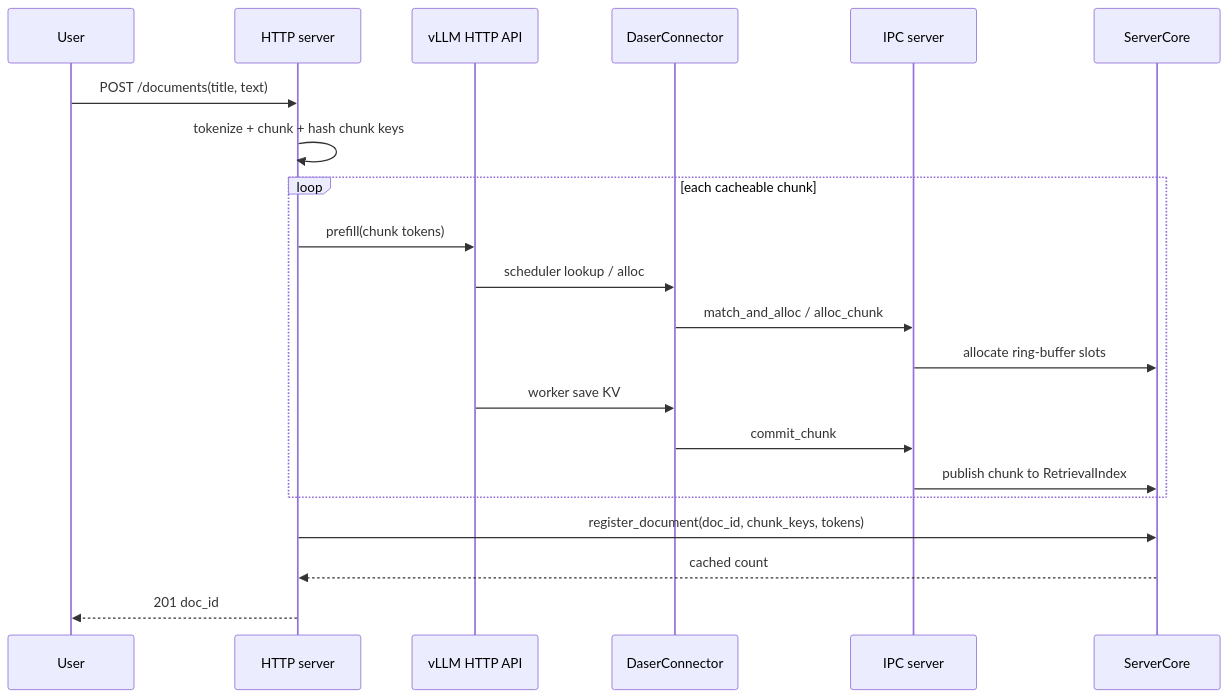
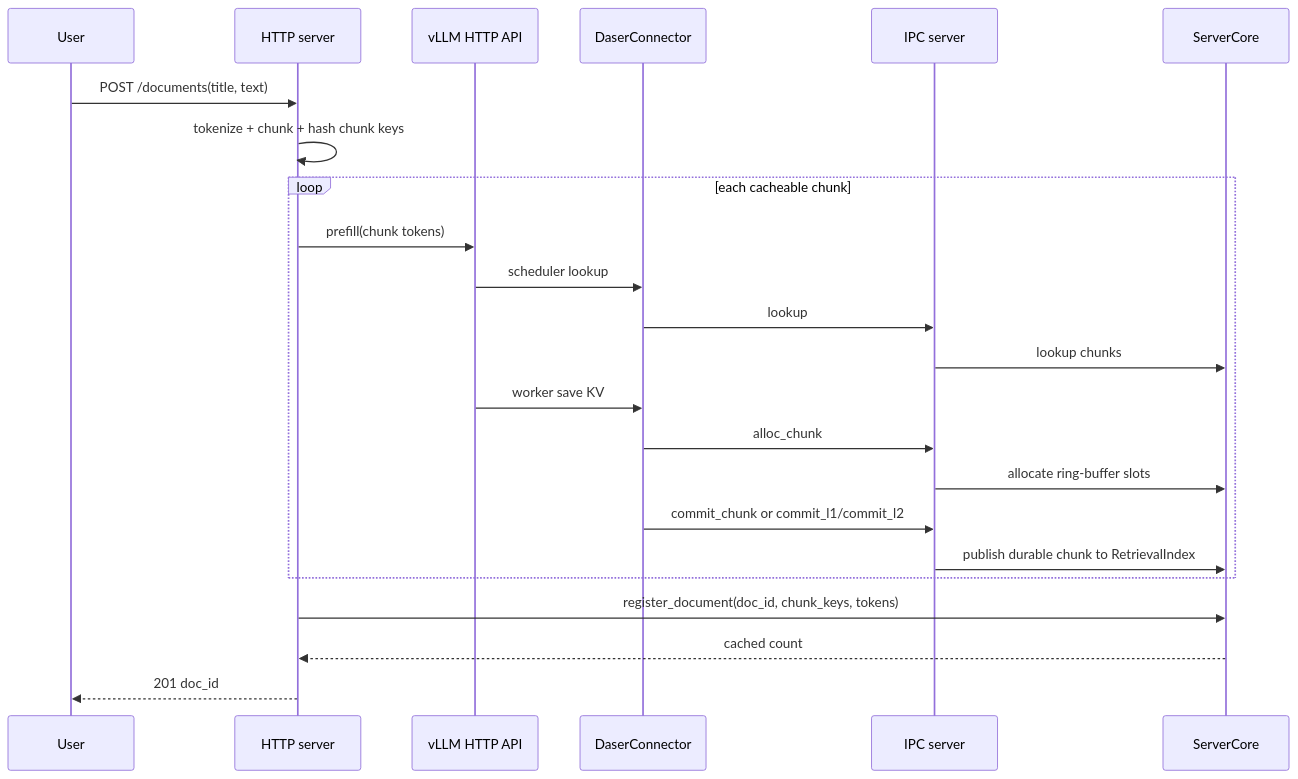
Before and after one commit to GentleCold/DaseR: the first of 8 diagrams in docs/design/flows.md, drawn with Mermaid. The commit also changed other lines of this file and 11 other files, not shown here.

First line of the commit message:
refactor(server): remove match-and-alloc rpc

````diff
--- a/docs/design/flows.md
+++ b/docs/design/flows.md
@@ -5,24 +5,26 @@
 ```mermaid
 sequenceDiagram
     participant U as User
     participant HTTP as HTTP server
     participant V as vLLM HTTP API
     participant DC as DaserConnector
     participant IPC as IPC server
     participant C as ServerCore
 
     U->>HTTP: POST /documents(title, text)
     HTTP->>HTTP: tokenize + chunk + hash chunk keys
     loop each cacheable chunk
         HTTP->>V: prefill(chunk tokens)
-        V->>DC: scheduler lookup / alloc
-        DC->>IPC: match_and_alloc / alloc_chunk
+        V->>DC: scheduler lookup
+        DC->>IPC: lookup
+        IPC->>C: lookup chunks
+        V->>DC: worker save KV
+        DC->>IPC: alloc_chunk
         IPC->>C: allocate ring-buffer slots
-        V->>DC: worker save KV
-        DC->>IPC: commit_chunk
-        IPC->>C: publish chunk to RetrievalIndex
+        DC->>IPC: commit_chunk or commit_l1/commit_l2
+        IPC->>C: publish durable chunk to RetrievalIndex
     end
     HTTP->>C: register_document(doc_id, chunk_keys, tokens)
     C-->>HTTP: cached count
     HTTP-->>U: 201 doc_id
 ```
````
